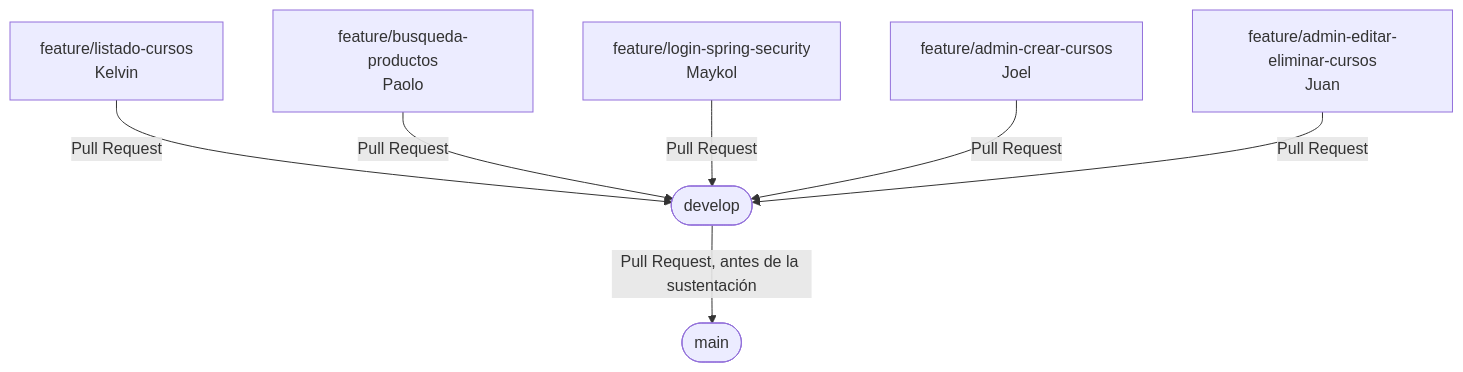
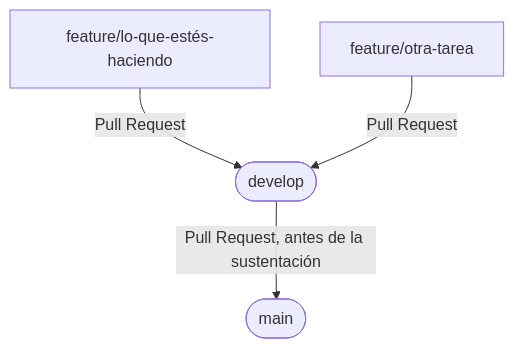
Before and after one commit to escuela-juridica/herramientas-desarrollo-proyecto: the diagram in CONTRIBUTING.md, drawn with Mermaid. The commit also changed other lines of this file and 3 other files, not shown here.

````diff
--- a/CONTRIBUTING.md
+++ b/CONTRIBUTING.md
@@ -11,17 +11,11 @@
 ```mermaid
 graph TD
   main(["main"])
   develop(["develop"])
-  f1["feature/listado-cursos<br/>Kelvin"]
-  f2["feature/busqueda-productos<br/>Paolo"]
-  f3["feature/login-spring-security<br/>Maykol"]
-  f4["feature/admin-crear-cursos<br/>Joel"]
-  f5["feature/admin-editar-eliminar-cursos<br/>Juan"]
+  f1["feature/lo-que-estés-haciendo"]
+  f2["feature/otra-tarea"]
 
   f1 -->|Pull Request| develop
   f2 -->|Pull Request| develop
-  f3 -->|Pull Request| develop
-  f4 -->|Pull Request| develop
-  f5 -->|Pull Request| develop
   develop -->|Pull Request, antes de la sustentación| main
 ```
````
